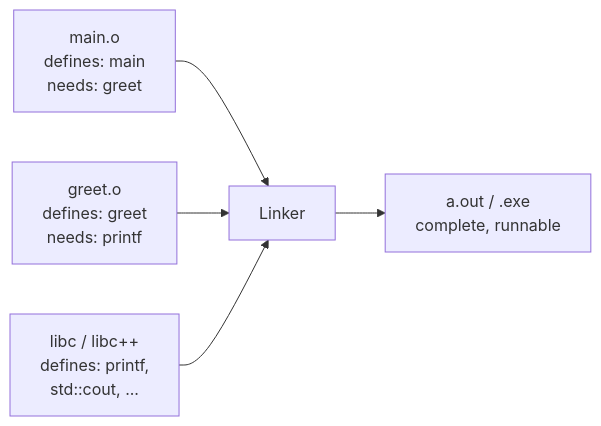
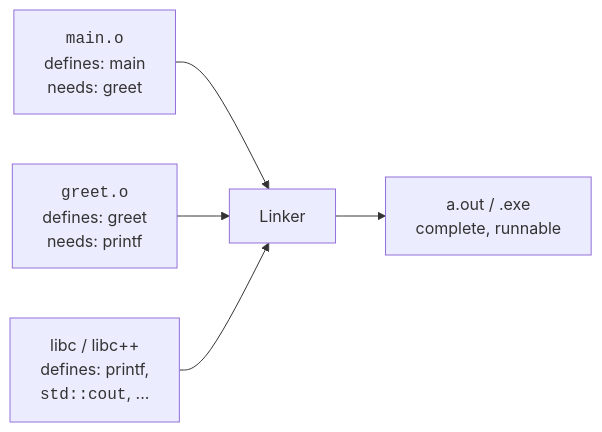
The third of 4 diagrams in content/learn/from-zero-to-cpp/compilation-pipeline.mdx (dataslope/dataslope), drawn with Mermaid before and after one commit. The commit also changed other lines of this file and 218 other files, not shown here.

First line of the commit message:
Render code-only mermaid shapes in monospace; convert step sequences to Steps (#467)

````diff
--- a/content/learn/from-zero-to-cpp/compilation-pipeline.mdx
+++ b/content/learn/from-zero-to-cpp/compilation-pipeline.mdx
@@ -175,7 +175,7 @@
 ```mermaid
 flowchart LR
-    M[main.o<br/>defines: main<br/>needs: greet] --> L[Linker]
-    G[greet.o<br/>defines: greet<br/>needs: printf] --> L
-    S[libc / libc++<br/>defines: printf,<br/>std::cout, ...] --> L
+    M["<code>main.o</code><br/>defines: main<br/>needs: greet"] --> L[Linker]
+    G["<code>greet.o</code><br/>defines: greet<br/>needs: printf"] --> L
+    S["libc / libc++<br/>defines: printf,<br/><code>std::cout</code>, ..."] --> L
     L --> E[a.out / .exe<br/>complete, runnable]
 ```
````
